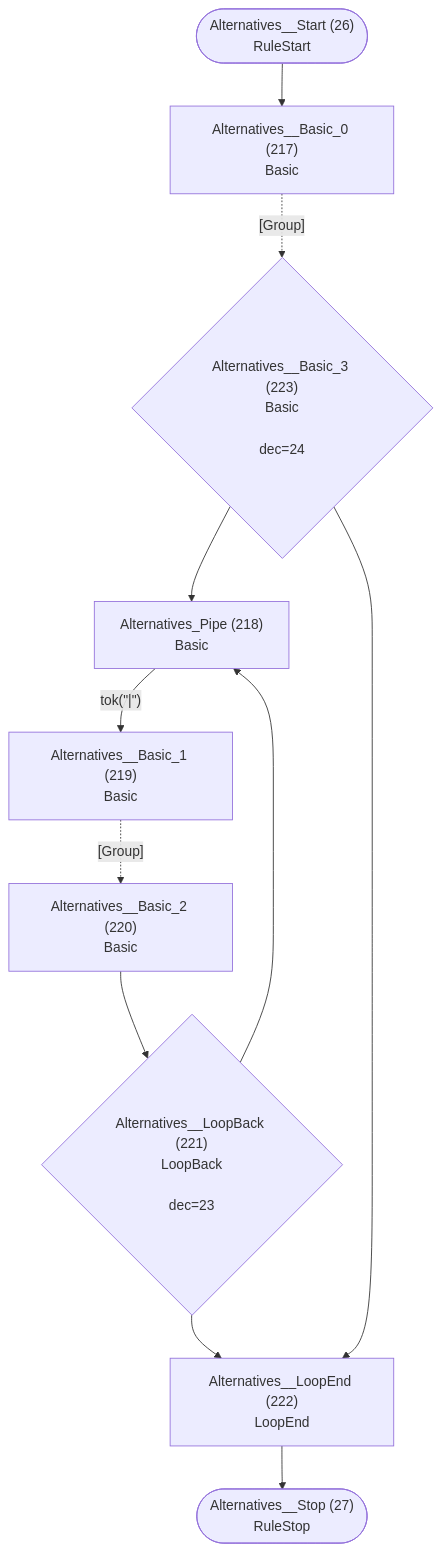
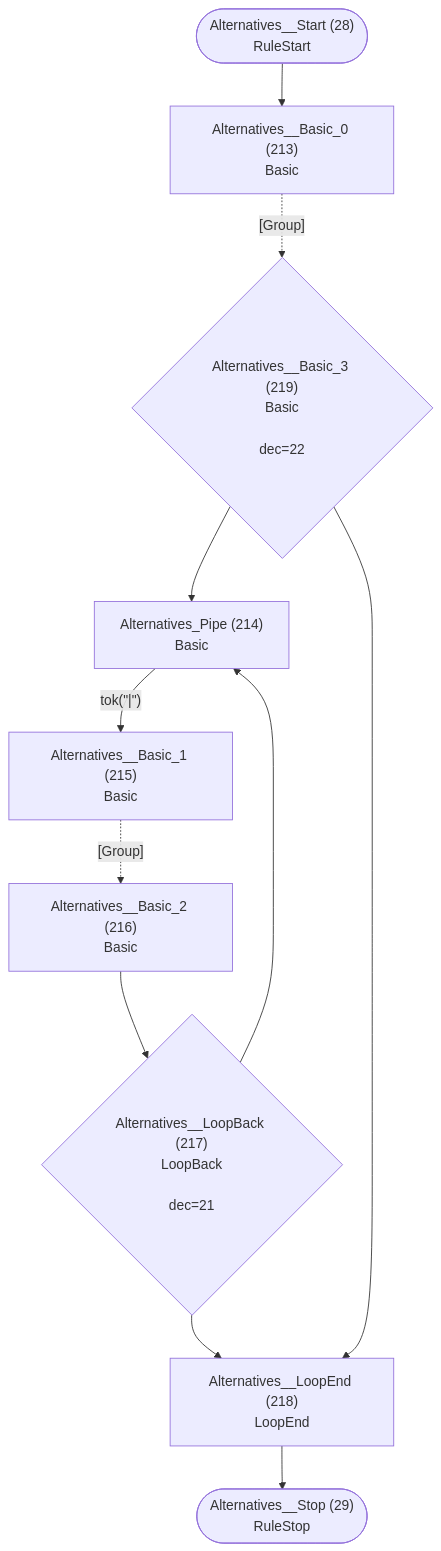
Diagram 15 of 29 in internal/grammar/atn.md (TypeFox/fastbelt), drawn with Mermaid before and after one commit. The commit also changed other lines of this file and 13 other files, not shown here.

````diff
--- a/internal/grammar/atn.md
+++ b/internal/grammar/atn.md
@@ -490,23 +485,23 @@
 ```mermaid
 flowchart TD
-    q26(["Alternatives__Start (26)<br/>RuleStart"])
-    q27(["Alternatives__Stop (27)<br/>RuleStop"])
-    q217["Alternatives__Basic_0 (217)<br/>Basic<br/>"]
-    q218["Alternatives_Pipe (218)<br/>Basic<br/>"]
-    q219["Alternatives__Basic_1 (219)<br/>Basic<br/>"]
-    q220["Alternatives__Basic_2 (220)<br/>Basic<br/>"]
-    q221{"Alternatives__LoopBack (221)<br/>LoopBack<br/><br/>dec=23"}
-    q222["Alternatives__LoopEnd (222)<br/>LoopEnd<br/>"]
-    q223{"Alternatives__Basic_3 (223)<br/>Basic<br/><br/>dec=24"}
+    q28(["Alternatives__Start (28)<br/>RuleStart"])
+    q29(["Alternatives__Stop (29)<br/>RuleStop"])
+    q213["Alternatives__Basic_0 (213)<br/>Basic<br/>"]
+    q214["Alternatives_Pipe (214)<br/>Basic<br/>"]
+    q215["Alternatives__Basic_1 (215)<br/>Basic<br/>"]
+    q216["Alternatives__Basic_2 (216)<br/>Basic<br/>"]
+    q217{"Alternatives__LoopBack (217)<br/>LoopBack<br/><br/>dec=21"}
+    q218["Alternatives__LoopEnd (218)<br/>LoopEnd<br/>"]
+    q219{"Alternatives__Basic_3 (219)<br/>Basic<br/><br/>dec=22"}
 
-    q26 --> q217
-    q217 -.->|"[Group]"| q223
-    q218 -->|"tok(&quot;|&quot;)"| q219
-    q219 -.->|"[Group]"| q220
-    q220 --> q221
-    q221 --> q218
-    q221 --> q222
-    q222 --> q27
-    q223 --> q218
-    q223 --> q222
+    q28 --> q213
+    q213 -.->|"[Group]"| q219
+    q214 -->|"tok(&quot;|&quot;)"| q215
+    q215 -.->|"[Group]"| q216
+    q216 --> q217
+    q217 --> q214
+    q217 --> q218
+    q218 --> q29
+    q219 --> q214
+    q219 --> q218
 ```
````
